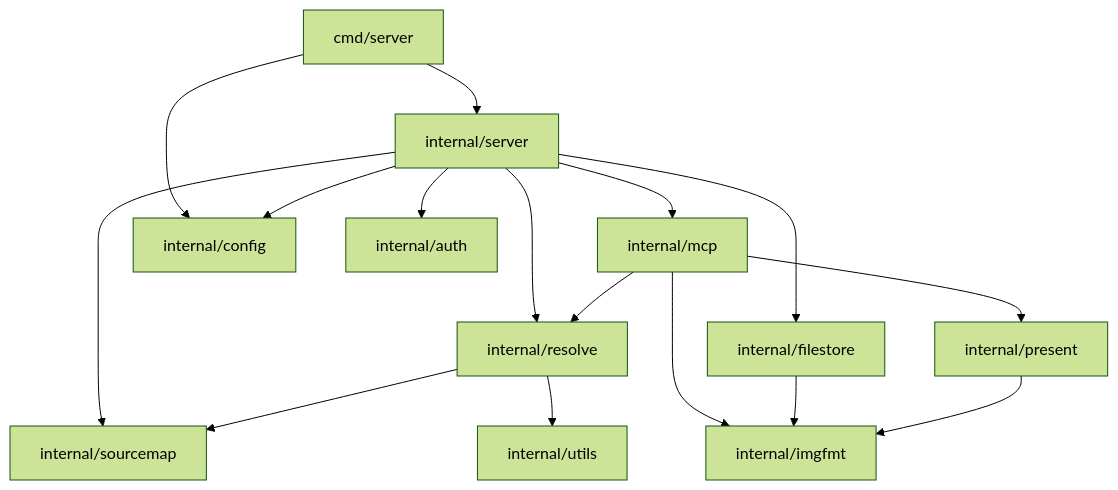
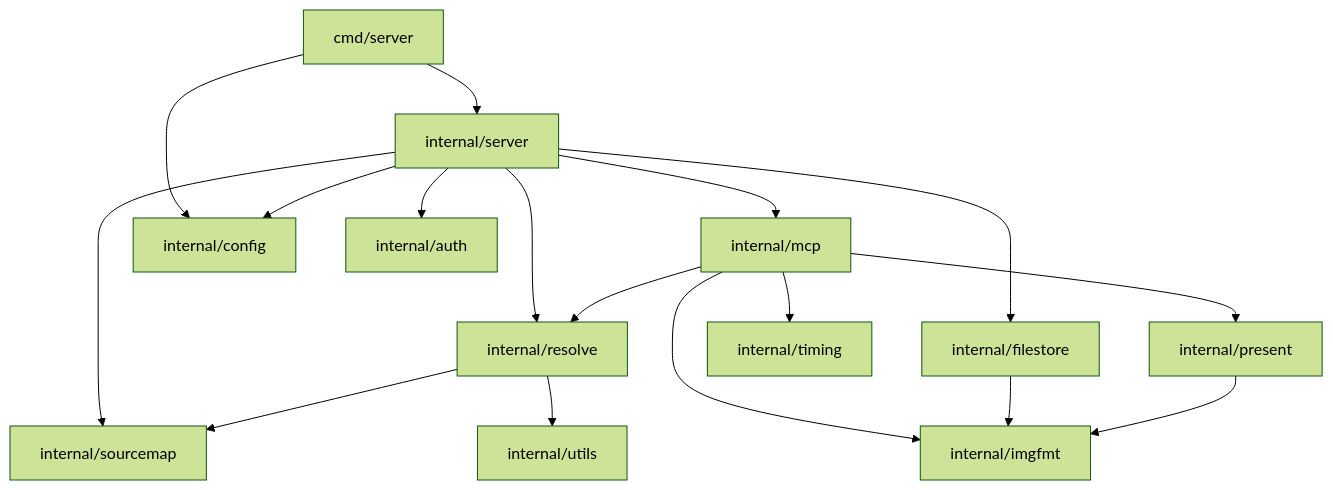
Before and after one commit to wishmatic/elfu-mcp: the diagram in AGENTS.md, drawn with Mermaid (forest theme). The commit also changed other lines of this file and 16 other files, not shown here.

````diff
--- a/AGENTS.md
+++ b/AGENTS.md
@@ -58,33 +58,35 @@
 ```mermaid
 flowchart TD
     cmd["cmd/server"]
     server["internal/server"]
     mcp["internal/mcp"]
     present["internal/present"]
     sourcemap["internal/sourcemap"]
     resolve["internal/resolve"]
     filestore["internal/filestore"]
     imgfmt["internal/imgfmt"]
     config["internal/config"]
     auth["internal/auth"]
+    timing["internal/timing"]
     utils["internal/utils"]
 
     cmd --> server
     cmd --> config
 
     server --> mcp
     server --> auth
     server --> config
     server --> filestore
     server --> resolve
     server --> sourcemap
 
     mcp --> imgfmt
     mcp --> present
     mcp --> resolve
+    mcp --> timing
 
     filestore --> imgfmt
     present --> imgfmt
     resolve --> sourcemap
     resolve --> utils
 ```
````
